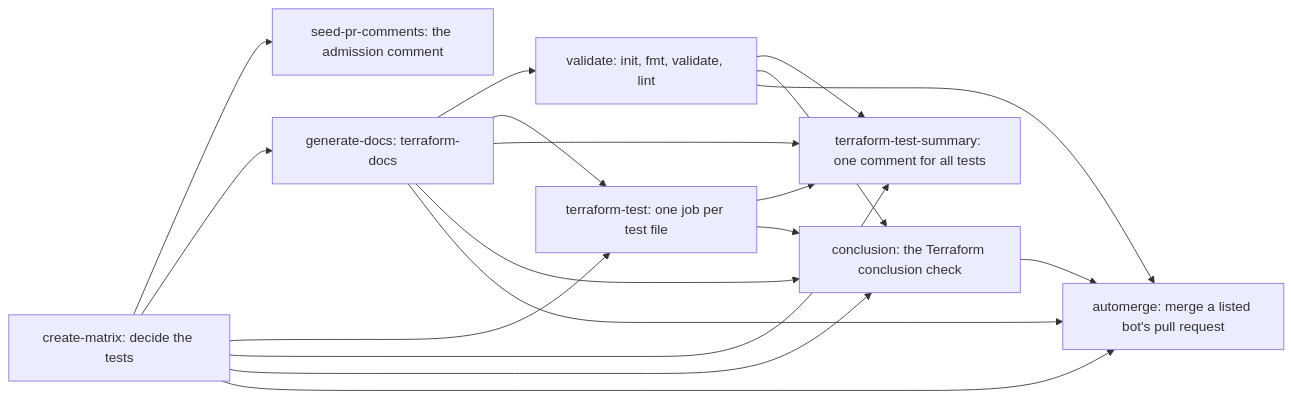
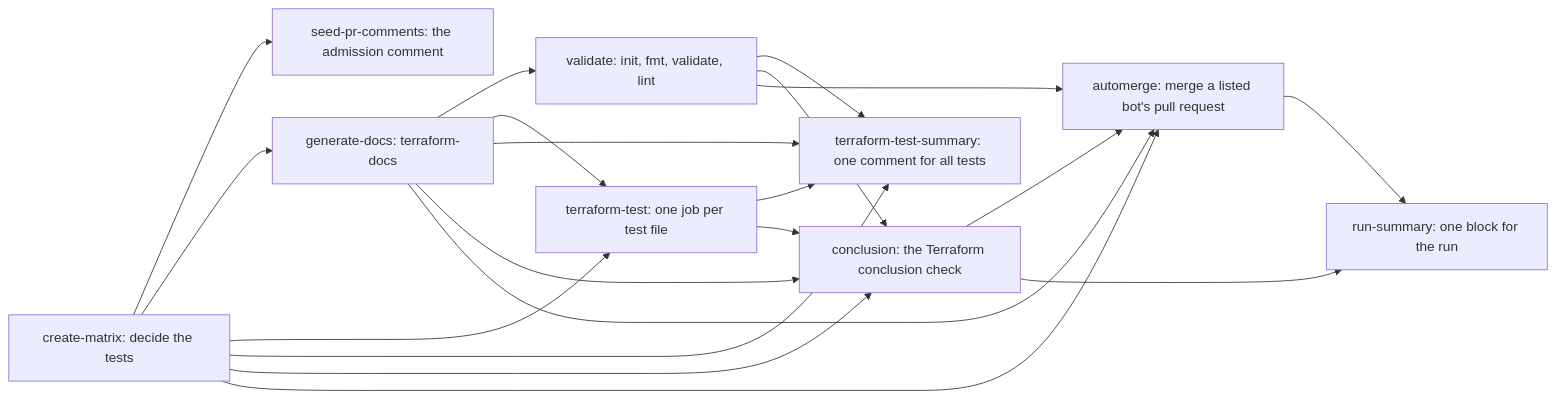
The diagram in docs/Workflow-terraform-module-ci.md (dsb-norge/github-actions-terraform), drawn with Mermaid before and after one commit. The commit also changed other lines of this file and 7 other files, not shown here.

First line of the commit message:
feat: a run summary for module runs

````diff
--- a/docs/Workflow-terraform-module-ci.md
+++ b/docs/Workflow-terraform-module-ci.md
@@ -112,28 +112,31 @@
 ```mermaid
 flowchart LR
   matrix["create-matrix: decide the tests"]
   seed["seed-pr-comments: the admission comment"]
   docs["generate-docs: terraform-docs"]
   validate["validate: init, fmt, validate, lint"]
   test["terraform-test: one job per test file"]
   summary["terraform-test-summary: one comment for all tests"]
   conclusion["conclusion: the Terraform conclusion check"]
   automerge["automerge: merge a listed bot's pull request"]
+  runsummary["run-summary: one block for the run"]
   matrix --> seed
   matrix --> docs
   docs --> validate
   matrix --> test
   docs --> test
   matrix --> summary
   docs --> summary
   validate --> summary
   test --> summary
   matrix --> conclusion
   docs --> conclusion
   validate --> conclusion
   test --> conclusion
   matrix --> automerge
   docs --> automerge
   validate --> automerge
   conclusion --> automerge
+  conclusion --> runsummary
+  automerge --> runsummary
 ```
````
